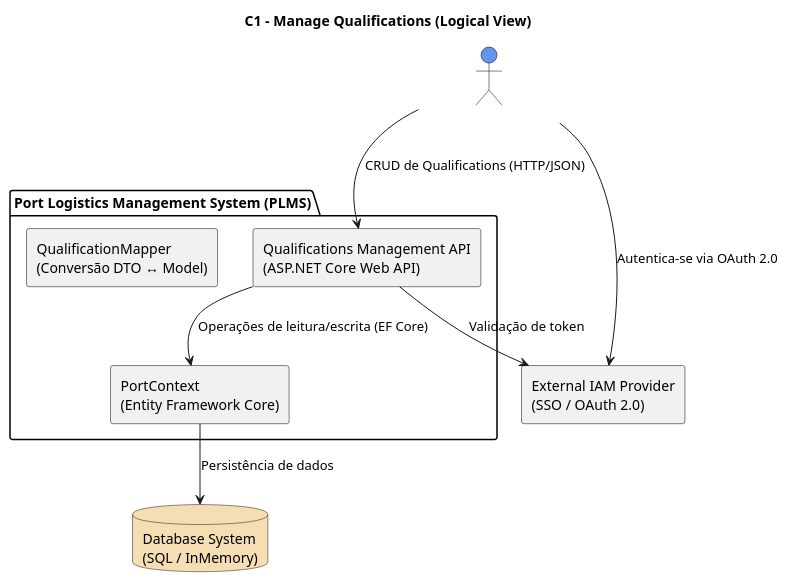
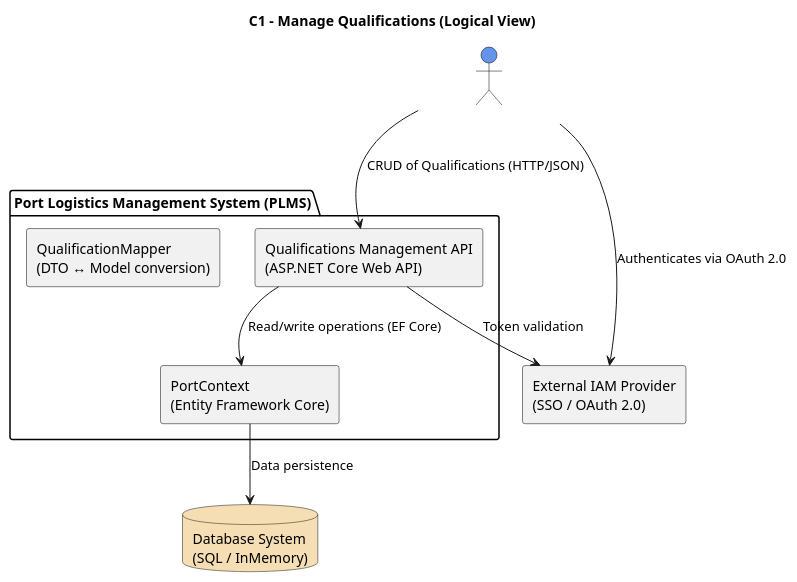
The diagram in Docs/Sprint A/US 2.2.13/Modelo c4/C1_logica.puml (Departamento-de-Engenharia-Informatica/LEI-SEM5-PI-2025-26-3DM-03), drawn with PlantUML before and after one commit. The commit also changed 10 other files, not shown here.

Commit message:
Translate UML diagrams and documentation for Manage Qualifications use case to English (us 2.2.13) #14

```diff
--- a/Docs/Sprint A/US 2.2.13/Modelo c4/C1_logica.puml
+++ b/Docs/Sprint A/US 2.2.13/Modelo c4/C1_logica.puml
@@ -1,40 +1,40 @@
 @startuml C1_Manage_Qualifications_Logical_View
 title C1 – Manage Qualifications (Logical View)
 
-' === Atores Externos ===
+' === External Actors ===
 actor "Port Authority Officer" as Officer
 rectangle "External IAM Provider\n(SSO / OAuth 2.0)" as IAM
 database "Database System\n(SQL / InMemory)" as DB
 
-' === Sistema em Foco ===
+' === System in Focus ===
 package "Port Logistics Management System (PLMS)" {
     rectangle "Qualifications Management API\n(ASP.NET Core Web API)" as API
-    rectangle "QualificationMapper\n(Conversão DTO ↔ Model)" as Mapper
+  rectangle "QualificationMapper\n(DTO ↔ Model conversion)" as Mapper
     rectangle "PortContext\n(Entity Framework Core)" as Context
 }
 
-' === Relações ===
-Officer --> IAM : Autentica-se via OAuth 2.0
-Officer --> API : CRUD de Qualifications (HTTP/JSON)
-API --> IAM : Validação de token
-API --> Context : Operações de leitura/escrita (EF Core)
-Context --> DB : Persistência de dados
+' === Relationships ===
+Officer --> IAM : Authenticates via OAuth 2.0
+Officer --> API : CRUD of Qualifications (HTTP/JSON)
+API --> IAM : Token validation
+API --> Context : Read/write operations (EF Core)
+Context --> DB : Data persistence
 
 ' === Estilo visual ===
 skinparam rectangle {
   BackgroundColor<<System>> LightGray
   BackgroundColor<<Component>> HoneyDew
   BorderColor Black
   FontColor Black
 }
 skinparam actor {
   BackgroundColor CornflowerBlue
   FontColor White
   BorderColor Black
 }
 skinparam database {
   BackgroundColor Wheat
   FontColor Black
 }
 
 @enduml
```
